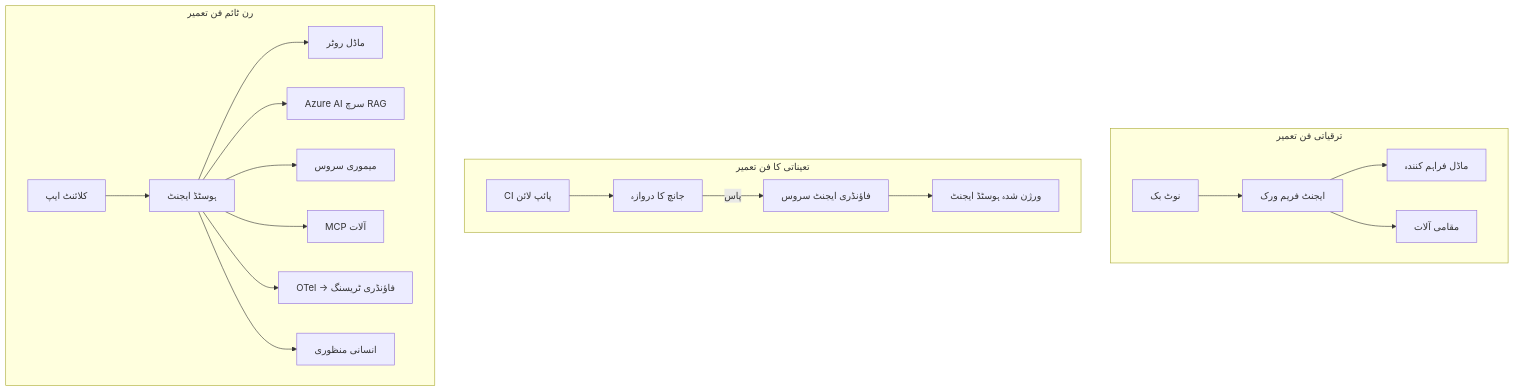
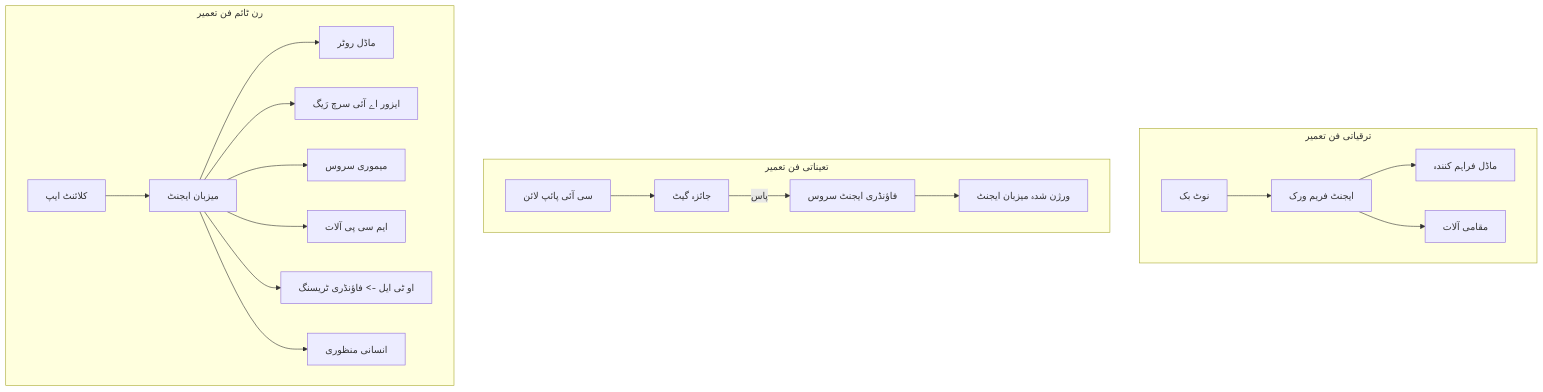
Before and after one commit to microsoft/ai-agents-for-beginners: the fourth of 4 diagrams in translations/ur/16-deploying-scalable-agents/README.md, drawn with Mermaid. The commit also changed other lines of this file and 47 other files, not shown here.

````diff
--- a/translations/ur/16-deploying-scalable-agents/README.md
+++ b/translations/ur/16-deploying-scalable-agents/README.md
@@ -185,22 +185,22 @@
 ```mermaid
 flowchart TB
     subgraph Dev[ترقیاتی فن تعمیر]
         D1[نوٹ بک] --> D2[ایجنٹ فریم ورک]
         D2 --> D3[ماڈل فراہم کنندہ]
         D2 --> D4[مقامی آلات]
     end
-    subgraph Deploy[تعیناتی کا فن تعمیر]
-        E1[CI پائپ لائن] --> E2[جانچ کا دروازہ]
+    subgraph Deploy[تعیناتی فن تعمیر]
+        E1[سی آئی پائپ لائن] --> E2[جائزہ گیٹ]
         E2 -->|پاس| E3[فاؤنڈری ایجنٹ سروس]
-        E3 --> E4[ورژن شدہ ہوسٹڈ ایجنٹ]
+        E3 --> E4[ورژن شدہ میزبان ایجنٹ]
     end
     subgraph Run[رن ٹائم فن تعمیر]
-        F1[کلائنٹ ایپ] --> F2[ہوسٹڈ ایجنٹ]
+        F1[کلائنٹ ایپ] --> F2[میزبان ایجنٹ]
         F2 --> F3[ماڈل روٹر]
-        F2 --> F4[Azure AI سرچ RAG]
+        F2 --> F4[ایزور اے آئی سرچ رَیگ]
         F2 --> F5[میموری سروس]
-        F2 --> F6[MCP آلات]
-        F2 --> F7[OTel -> فاؤنڈری ٹریسنگ]
+        F2 --> F6[ایم سی پی آلات]
+        F2 --> F7[او ٹی ایل -> فاؤنڈری ٹریسنگ]
         F2 --> F8[انسانی منظوری]
     end
 ```
````
